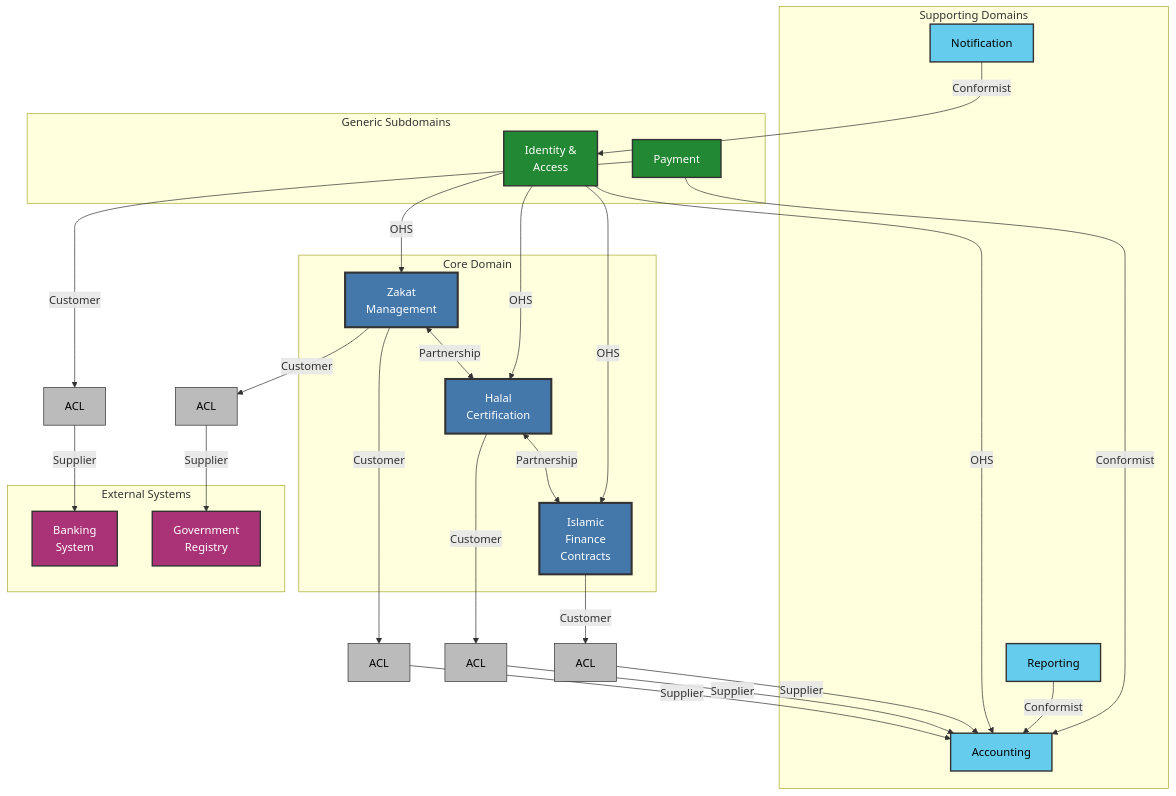
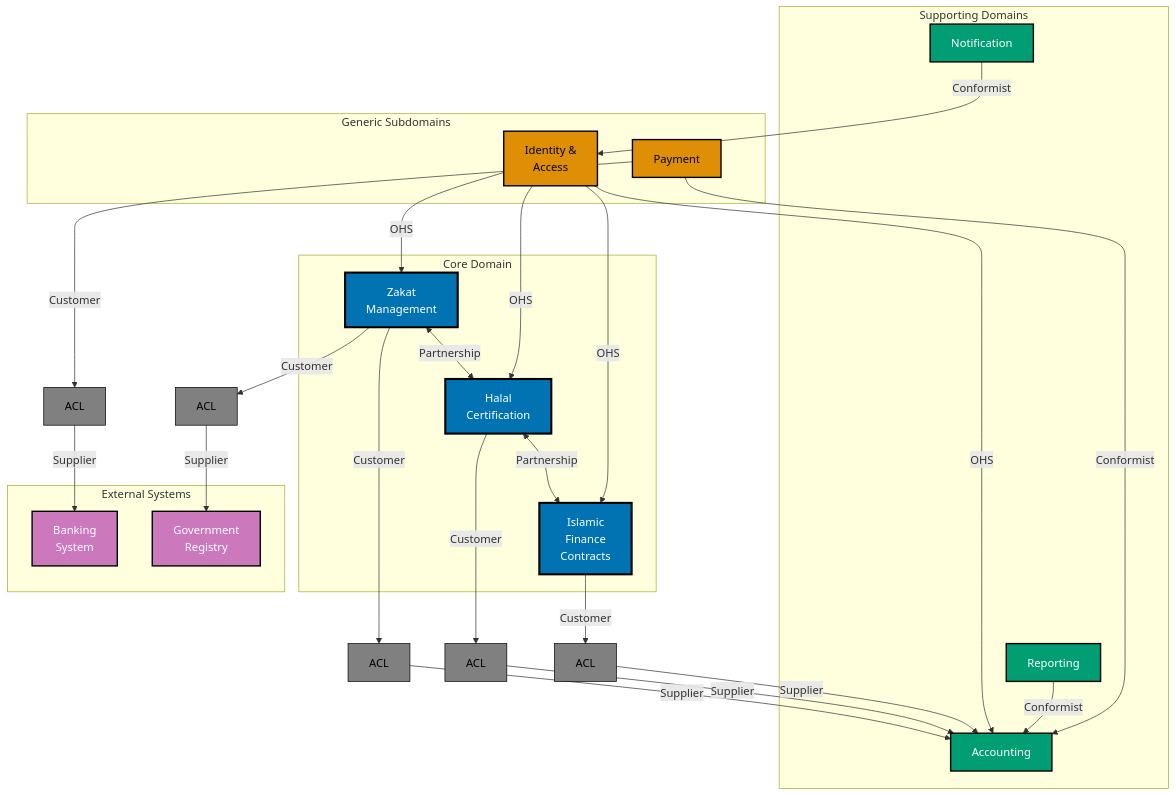
Diagram 12 of 12 in docs/explanation/software-design/domain-driven-design-ddd/templates/ex-sode-dodrdedd-te__context-map-diagram.md (wahidyankf/open-sharia-enterprise), drawn with Mermaid before and after one commit. The commit also changed other lines of this file and 35 other files, not shown here.

````diff
--- a/docs/explanation/software-design/domain-driven-design-ddd/templates/ex-sode-dodrdedd-te__context-map-diagram.md
+++ b/docs/explanation/software-design/domain-driven-design-ddd/templates/ex-sode-dodrdedd-te__context-map-diagram.md
@@ -486,73 +486,73 @@
 ```mermaid
 graph TB
     subgraph "Core Domain"
         ZM[Zakat<br/>Management]
         HC[Halal<br/>Certification]
         IF[Islamic<br/>Finance<br/>Contracts]
     end
 
     subgraph "Supporting Domains"
         AC[Accounting]
         NF[Notification]
         RP[Reporting]
     end
 
     subgraph "Generic Subdomains"
         IAM[Identity &<br/>Access]
         PM[Payment]
     end
 
     subgraph "External Systems"
         BANK[Banking<br/>System]
         GOV[Government<br/>Registry]
     end
 
     %% Core domain partnerships
     ZM <-->|Partnership| HC
     HC <-->|Partnership| IF
 
     %% Core to Supporting - Customer-Supplier with ACL
     ZM -->|Customer| ACL1[ACL]
     ACL1 -->|Supplier| AC
 
     HC -->|Customer| ACL2[ACL]
     ACL2 -->|Supplier| AC
 
     IF -->|Customer| ACL3[ACL]
     ACL3 -->|Supplier| AC
 
     %% Generic subdomains - OHS
     IAM -->|OHS| ZM
     IAM -->|OHS| HC
     IAM -->|OHS| IF
     IAM -->|OHS| AC
 
     %% Supporting domains - Conformist
     NF -->|Conformist| IAM
     RP -->|Conformist| AC
 
     %% Payment - Multiple relationships
     PM -->|Customer| ACL4[ACL]
     ACL4 -->|Supplier| BANK
     PM -->|Conformist| AC
 
     %% External - ACL protection
     ZM -->|Customer| ACL5[ACL]
     ACL5 -->|Supplier| GOV
 
-    style ZM fill:#4477AA,stroke:#333,stroke-width:3px,color:#FFFFFF
-    style HC fill:#4477AA,stroke:#333,stroke-width:3px,color:#FFFFFF
-    style IF fill:#4477AA,stroke:#333,stroke-width:3px,color:#FFFFFF
-    style AC fill:#66CCEE,stroke:#333,stroke-width:2px,color:#000000
-    style NF fill:#66CCEE,stroke:#333,stroke-width:2px,color:#000000
-    style RP fill:#66CCEE,stroke:#333,stroke-width:2px,color:#000000
-    style IAM fill:#228833,stroke:#333,stroke-width:2px,color:#FFFFFF
-    style PM fill:#228833,stroke:#333,stroke-width:2px,color:#FFFFFF
-    style BANK fill:#AA3377,stroke:#333,stroke-width:2px,color:#FFFFFF
-    style GOV fill:#AA3377,stroke:#333,stroke-width:2px,color:#FFFFFF
-    style ACL1 fill:#BBBBBB,stroke:#333,stroke-width:1px,color:#000000
-    style ACL2 fill:#BBBBBB,stroke:#333,stroke-width:1px,color:#000000
-    style ACL3 fill:#BBBBBB,stroke:#333,stroke-width:1px,color:#000000
-    style ACL4 fill:#BBBBBB,stroke:#333,stroke-width:1px,color:#000000
-    style ACL5 fill:#BBBBBB,stroke:#333,stroke-width:1px,color:#000000
+    style ZM fill:#0173B2,stroke:#000000,stroke-width:3px,color:#FFFFFF
+    style HC fill:#0173B2,stroke:#000000,stroke-width:3px,color:#FFFFFF
+    style IF fill:#0173B2,stroke:#000000,stroke-width:3px,color:#FFFFFF
+    style AC fill:#029E73,stroke:#000000,stroke-width:2px,color:#FFFFFF
+    style NF fill:#029E73,stroke:#000000,stroke-width:2px,color:#FFFFFF
+    style RP fill:#029E73,stroke:#000000,stroke-width:2px,color:#FFFFFF
+    style IAM fill:#DE8F05,stroke:#000000,stroke-width:2px,color:#000000
+    style PM fill:#DE8F05,stroke:#000000,stroke-width:2px,color:#000000
+    style BANK fill:#CC78BC,stroke:#000000,stroke-width:2px,color:#FFFFFF
+    style GOV fill:#CC78BC,stroke:#000000,stroke-width:2px,color:#FFFFFF
+    style ACL1 fill:#808080,stroke:#000000,stroke-width:1px,color:#000000
+    style ACL2 fill:#808080,stroke:#000000,stroke-width:1px,color:#000000
+    style ACL3 fill:#808080,stroke:#000000,stroke-width:1px,color:#000000
+    style ACL4 fill:#808080,stroke:#000000,stroke-width:1px,color:#000000
+    style ACL5 fill:#808080,stroke:#000000,stroke-width:1px,color:#000000
 ```
````
